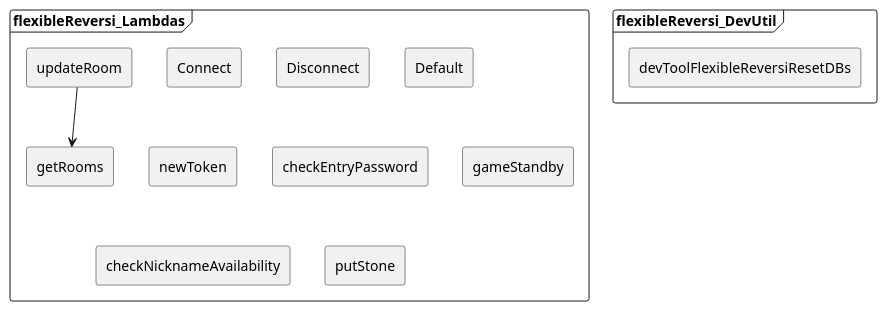
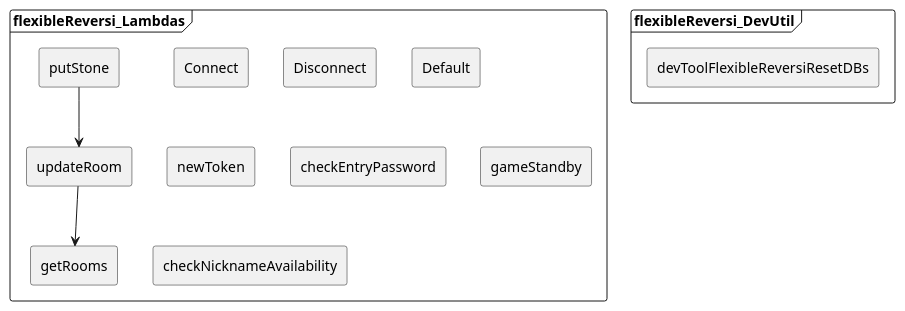
The diagram in docs/lambda_relations.puml (kusa-mochi/flexible-reversi), drawn with PlantUML before and after one commit.

Commit message:
update lambda relations diagram.

```diff
--- a/docs/lambda_relations.puml
+++ b/docs/lambda_relations.puml
@@ -1,22 +1,23 @@
 @startuml lambda_relations
 
 frame flexibleReversi_Lambdas {
     agent Connect
     agent Disconnect
     agent Default
     agent newToken
     agent getRooms
     agent updateRoom
     agent checkEntryPassword
     agent gameStandby
     agent checkNicknameAvailability
     agent putStone
 
     updateRoom --> getRooms
+    putStone --> updateRoom
 }
 
 frame flexibleReversi_DevUtil {
     agent devToolFlexibleReversiResetDBs
 }
 
 @enduml
```
